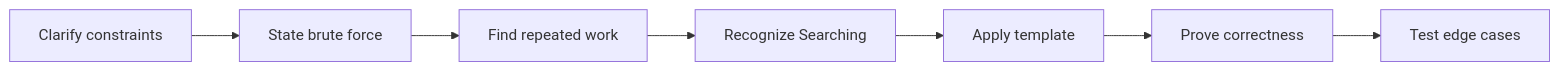
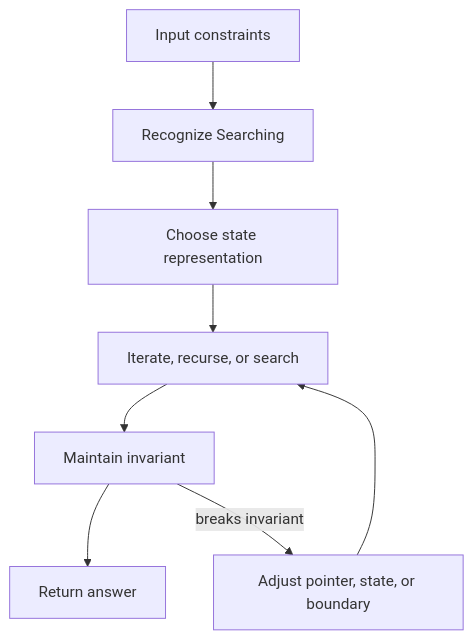
Before and after one commit to abstractinterviews/abstractinterviews.github.io: the second of 2 diagrams in coding-round/algorithms/searching/index.md, drawn with Mermaid. The commit also changed other lines of this file and 278 other files, not shown here.

````diff
--- a/coding-round/algorithms/searching/index.md
+++ b/coding-round/algorithms/searching/index.md
@@ -123,9 +121,10 @@
-~~~mermaid
-flowchart LR
-    A["Clarify constraints"] --> B["State brute force"]
-    B --> C["Find repeated work"]
-    C --> D["Recognize Searching"]
-    D --> E["Apply template"]
-    E --> F["Prove correctness"]
-    F --> G["Test edge cases"]
-~~~
+```mermaid
+flowchart TD
+    Input["Input constraints"] --> Pattern["Recognize Searching"]
+    Pattern --> State["Choose state representation"]
+    State --> Iterate["Iterate, recurse, or search"]
+    Iterate --> Check["Maintain invariant"]
+    Check --> Result["Return answer"]
+    Check -->|breaks invariant| Fix["Adjust pointer, state, or boundary"]
+    Fix --> Iterate
+```
````
